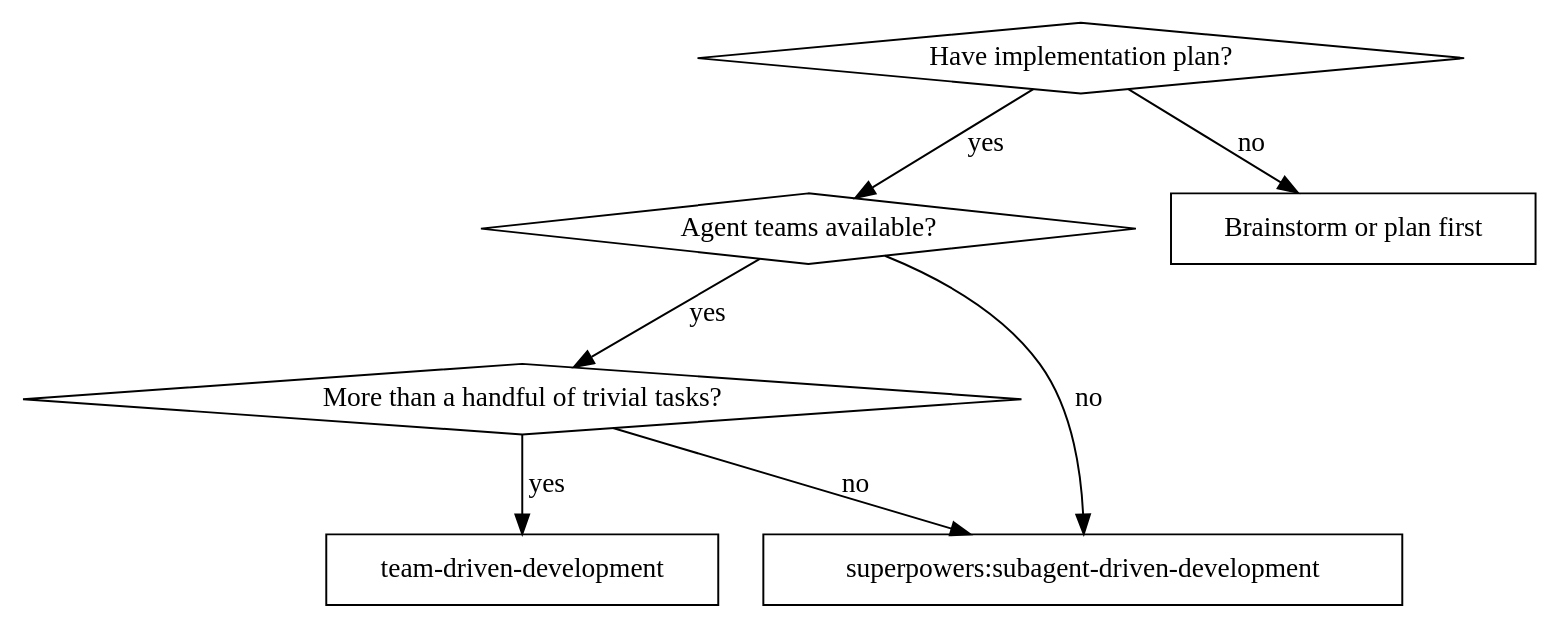
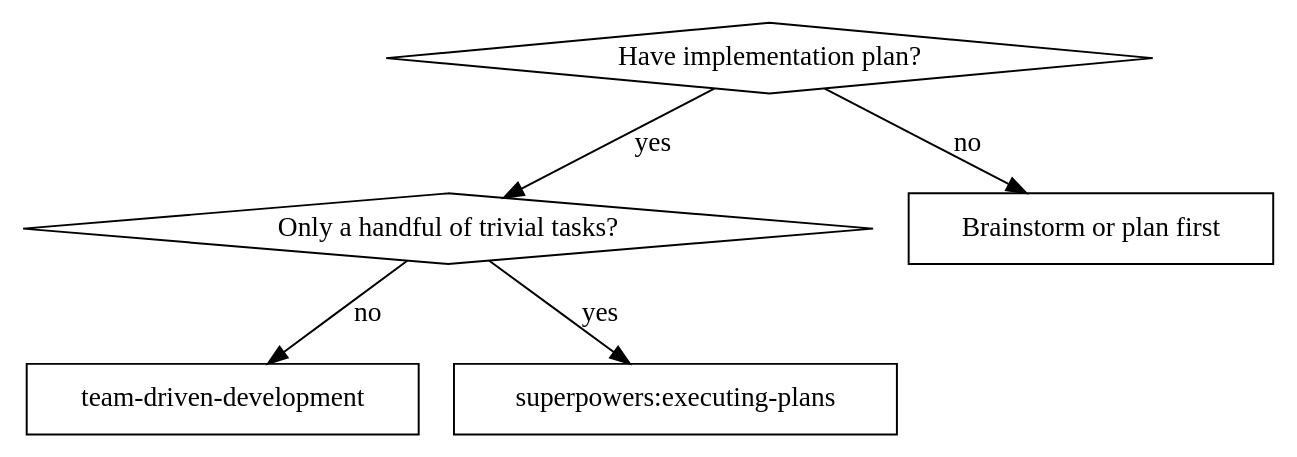
One commit to frasalvi/claude-plugins-frasalvi changed the first of 2 diagrams in plugins/team-development/skills/team-driven-development/SKILL.md. Above: the diagram before and after it, drawn with Graphviz. The commit also changed other lines of this file and 2 other files, not shown here.

First line of the commit message:
refactor: apply review feedback to team-driven-development skill

````diff
--- a/plugins/team-development/skills/team-driven-development/SKILL.md
+++ b/plugins/team-development/skills/team-driven-development/SKILL.md
@@ -20,17 +18,14 @@
 ```dot
 digraph when_to_use {
     "Have implementation plan?" [shape=diamond];
-    "Agent teams available?" [shape=diamond];
-    "More than a handful of trivial tasks?" [shape=diamond];
+    "Only a handful of trivial tasks?" [shape=diamond];
     "team-driven-development" [shape=box];
-    "superpowers:subagent-driven-development" [shape=box];
+    "superpowers:executing-plans" [shape=box];
     "Brainstorm or plan first" [shape=box];
 
-    "Have implementation plan?" -> "Agent teams available?" [label="yes"];
+    "Have implementation plan?" -> "Only a handful of trivial tasks?" [label="yes"];
     "Have implementation plan?" -> "Brainstorm or plan first" [label="no"];
-    "Agent teams available?" -> "More than a handful of trivial tasks?" [label="yes"];
-    "Agent teams available?" -> "superpowers:subagent-driven-development" [label="no"];
-    "More than a handful of trivial tasks?" -> "team-driven-development" [label="yes"];
-    "More than a handful of trivial tasks?" -> "superpowers:subagent-driven-development" [label="no"];
+    "Only a handful of trivial tasks?" -> "superpowers:executing-plans" [label="yes"];
+    "Only a handful of trivial tasks?" -> "team-driven-development" [label="no"];
 }
 ```
````
